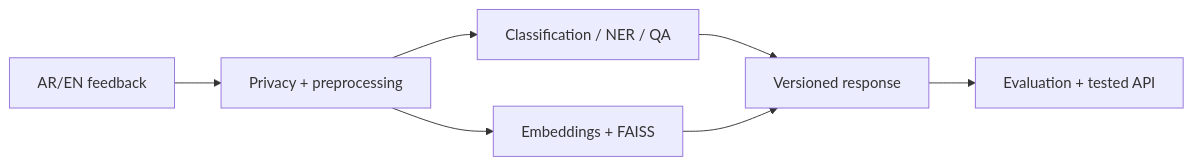
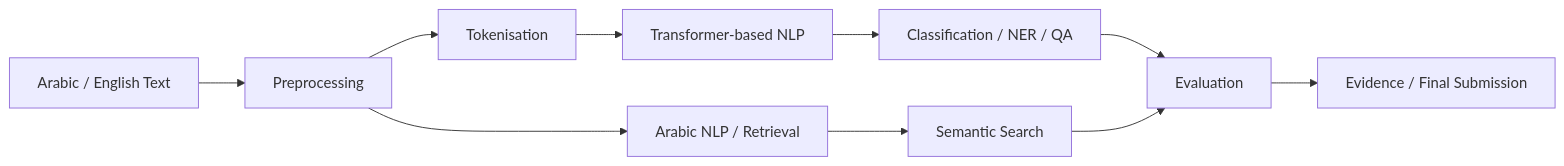
Before and after one commit to progHYA/Haya-Albaqami-SDAIA-NLP: the diagram in README.md, drawn with Mermaid. The commit also changed other lines of this file, not shown here.

````diff
--- a/README.md
+++ b/README.md
@@ -49,9 +55,12 @@
 ```mermaid
 flowchart LR
-    A["AR/EN feedback"] --> B["Privacy + preprocessing"]
-    B --> C["Classification / NER / QA"]
-    B --> D["Embeddings + FAISS"]
-    C --> E["Versioned response"]
-    D --> E
-    E --> F["Evaluation + tested API"]
+    A["Arabic / English Text"] --> B["Preprocessing"]
+    B --> C["Tokenisation"]
+    C --> D["Transformer-based NLP"]
+    D --> E["Classification / NER / QA"]
+    B --> F["Arabic NLP / Retrieval"]
+    F --> G["Semantic Search"]
+    E --> H["Evaluation"]
+    G --> H
+    H --> I["Evidence / Final Submission"]
 ```
````
